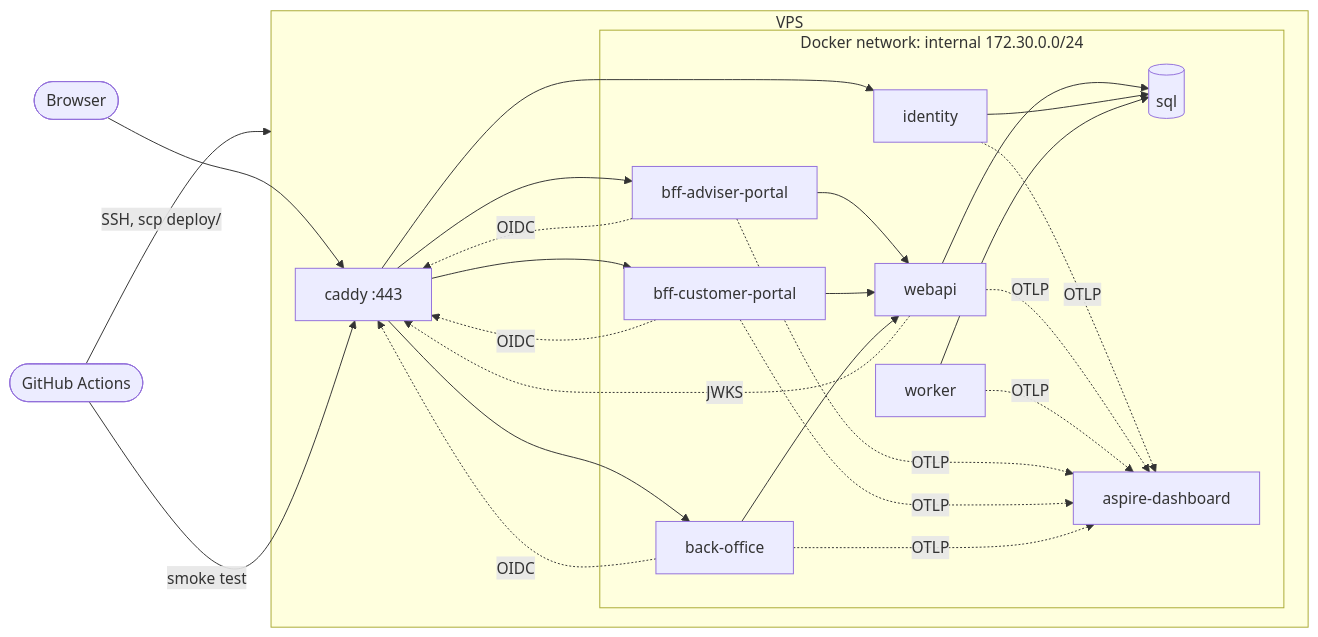
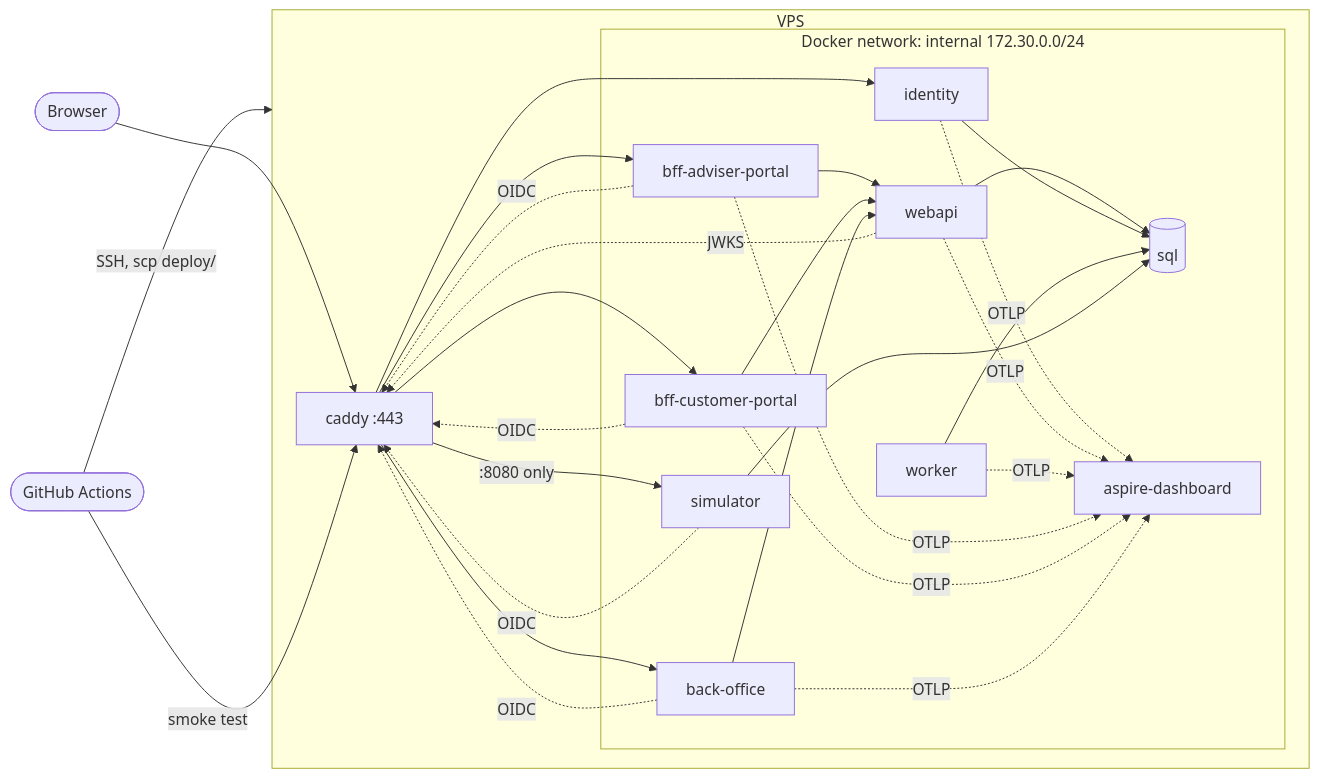
One commit to louis297/MyWealthV2 changed the diagram in docs/deployment.md. Above: the diagram before and after it, drawn with Mermaid. The commit also changed other lines of this file and 11 other files, not shown here.

````diff
--- a/docs/deployment.md
+++ b/docs/deployment.md
@@ -91,27 +92,30 @@
 ```mermaid
 flowchart LR
     browser([Browser])
     gha([GitHub Actions])
     subgraph vps[VPS]
         caddy[caddy :443]
         subgraph internal[Docker network: internal 172.30.0.0/24]
             identity
             bffa[bff-adviser-portal]
             bffc[bff-customer-portal]
             bo[back-office]
+            sim[simulator]
             webapi
             worker
             sql[(sql)]
             dash[aspire-dashboard]
         end
     end
     browser --> caddy
     gha -- SSH, scp deploy/ --> vps
     gha -- smoke test --> caddy
     caddy --> identity & bffa & bffc & bo
+    caddy -- :8080 only --> sim
+    sim -. OIDC .-> caddy
     bffa & bffc & bo --> webapi
     bffa & bffc & bo -. OIDC .-> caddy
     webapi -. JWKS .-> caddy
-    webapi & identity & worker --> sql
+    webapi & identity & worker & sim --> sql
     identity & webapi & worker & bffa & bffc & bo -. OTLP .-> dash
 ```
````
